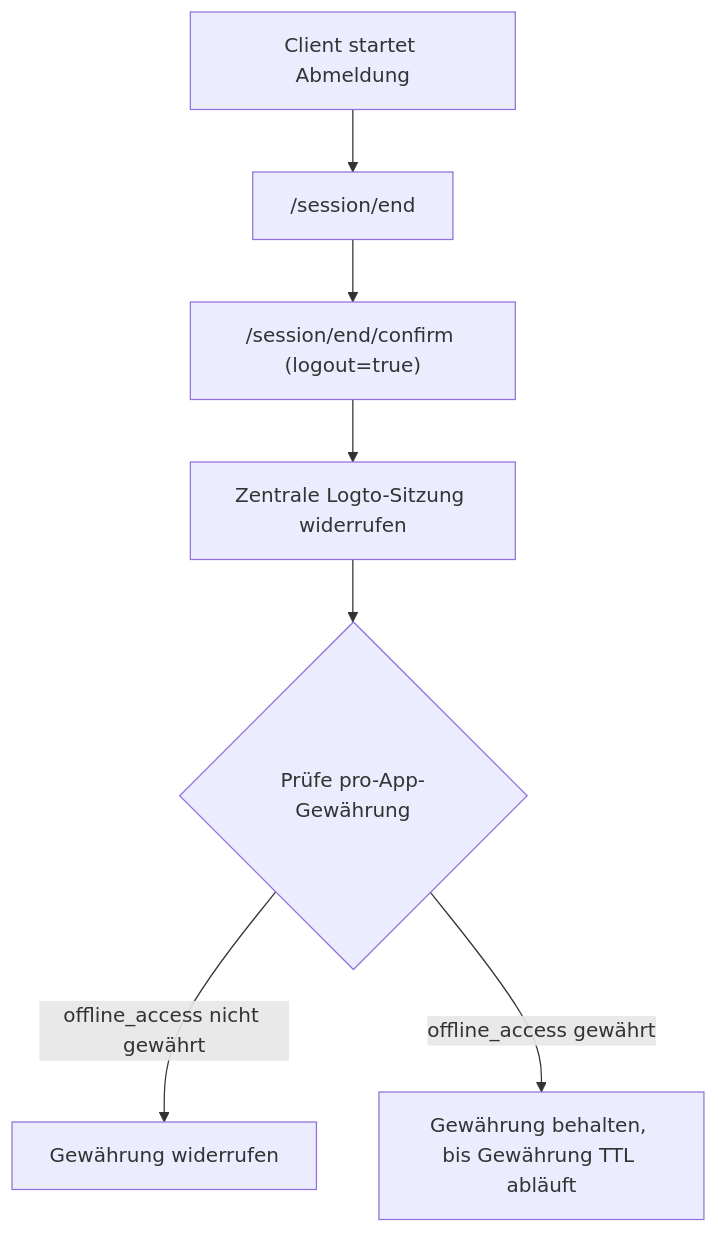
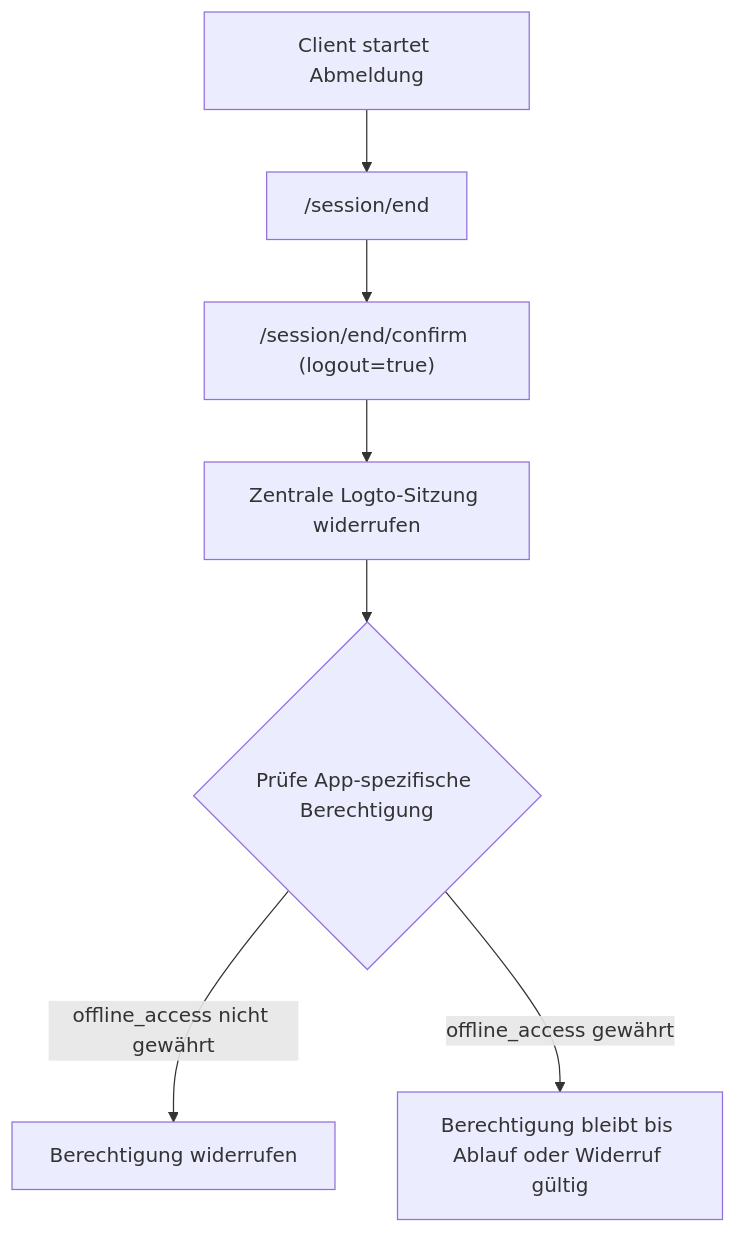
The diagram in i18n/de/docusaurus-plugin-content-docs/current/end-user-flows/sign-out.mdx (logto-io/docs), drawn with Mermaid before and after one commit. The commit also changed other lines of this file and 66 other files, not shown here.

````diff
--- a/i18n/de/docusaurus-plugin-content-docs/current/end-user-flows/sign-out.mdx
+++ b/i18n/de/docusaurus-plugin-content-docs/current/end-user-flows/sign-out.mdx
@@ -45,9 +45,9 @@
 ```mermaid
 flowchart TD
   A["Client startet Abmeldung"] --> B["/session/end"]
   B --> C["/session/end/confirm (logout=true)"]
   C --> D["Zentrale Logto-Sitzung widerrufen"]
-  D --> E{"Prüfe pro-App-Gewährung"}
-  E -->|"offline_access nicht gewährt"| F["Gewährung widerrufen"]
-  E -->|"offline_access gewährt"| G["Gewährung behalten, bis Gewährung TTL abläuft"]
+  D --> E{"Prüfe App-spezifische Berechtigung"}
+  E -->|"offline_access nicht gewährt"| F["Berechtigung widerrufen"]
+  E -->|"offline_access gewährt"| G["Berechtigung bleibt bis Ablauf oder Widerruf gültig"]
 ```
````
